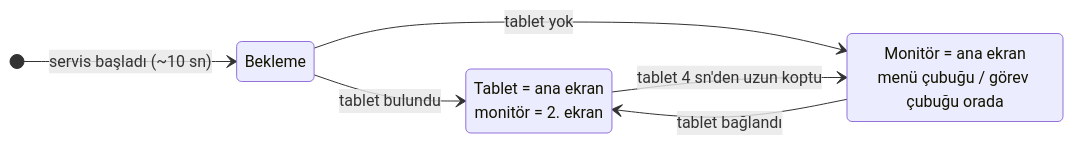
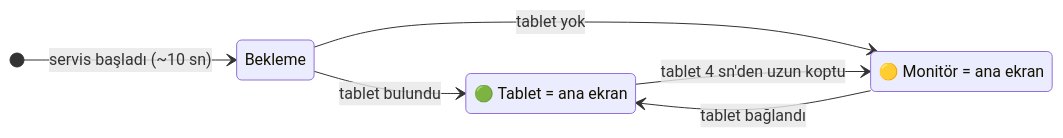
The second of 2 diagrams in README.md (VolkanCARBUGA/ekran-yansitici), drawn with Mermaid before and after one commit. The commit also changed other lines of this file and 4 other files, not shown here.

````diff
--- a/README.md
+++ b/README.md
@@ -101,11 +169,11 @@
 ```mermaid
 stateDiagram-v2
     direction LR
     [*] --> Bekleme: servis başladı (~10 sn)
     Bekleme --> TabletAna: tablet bulundu
     Bekleme --> MonitorAna: tablet yok
     TabletAna --> MonitorAna: tablet 4 sn'den uzun koptu
     MonitorAna --> TabletAna: tablet bağlandı
-    TabletAna: Tablet = ana ekran<br/>monitör = 2. ekran
-    MonitorAna: Monitör = ana ekran<br/>menü çubuğu / görev çubuğu orada
+    TabletAna: 🟢 Tablet = ana ekran
+    MonitorAna: 🟡 Monitör = ana ekran
 ```
````
